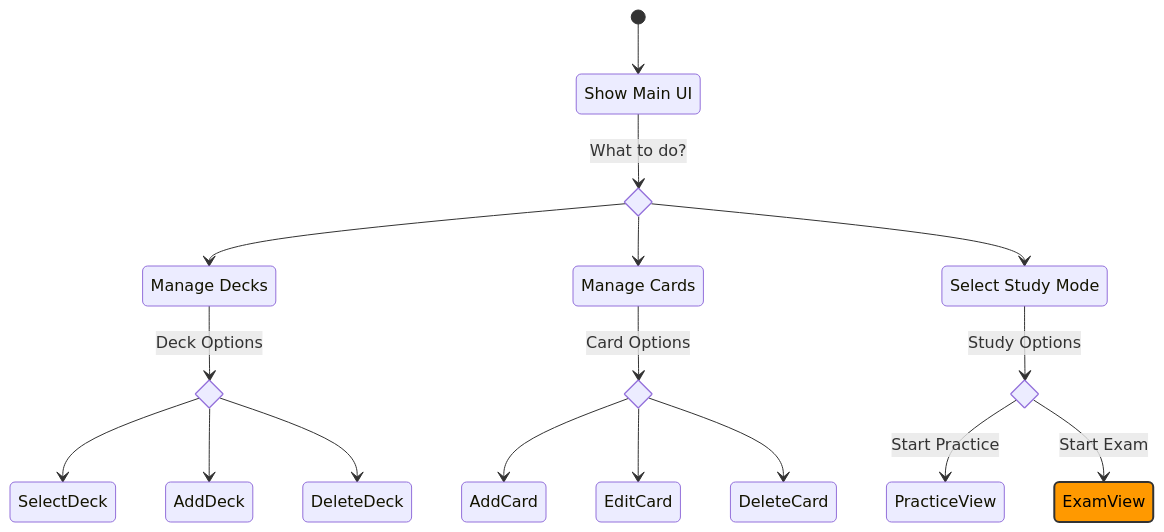
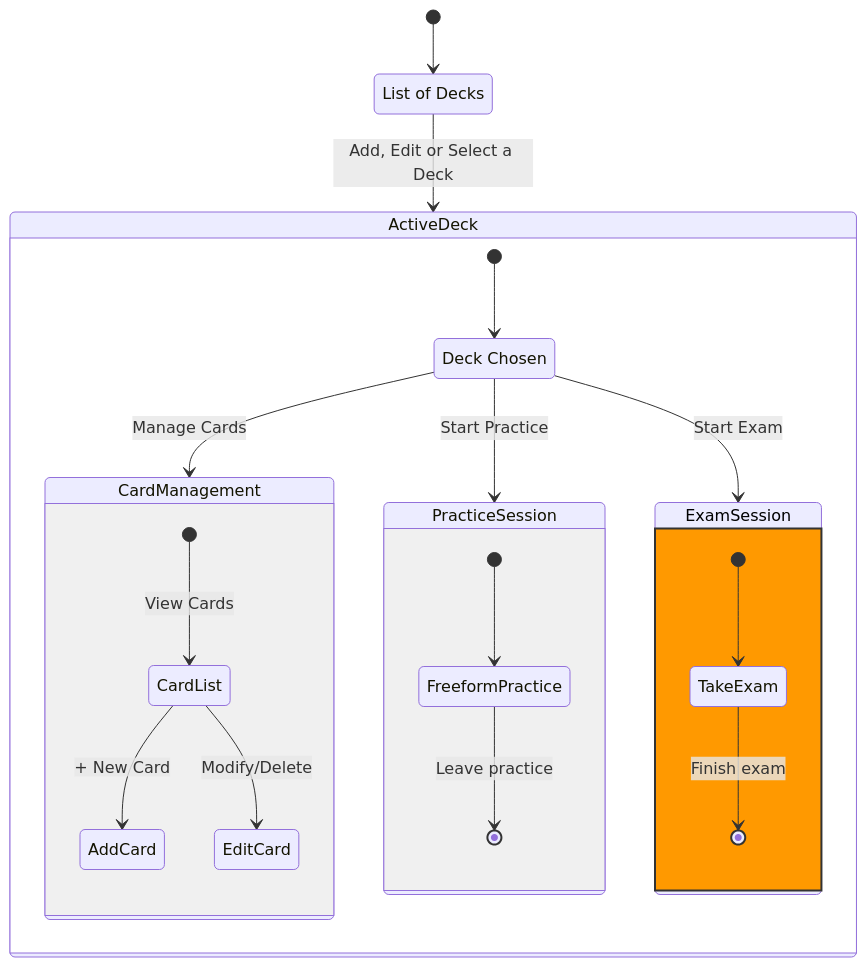
The fourth of 4 diagrams in docs/project_plan.md (sourander/ankea), drawn with Mermaid before and after one commit. The commit also changed other lines of this file, not shown here.

Commit message:
Rethink what belongs into what diagrams. Remove redundant and overengineered data model.

````diff
--- a/docs/project_plan.md
+++ b/docs/project_plan.md
@@ -154,41 +116,38 @@
 ```mermaid
 stateDiagram-v2
     classDef extension fill:#ff9900,stroke:#333,stroke-width:2px,color:black;
 
-    state what_to_do <<choice>>
-    state deck_actions <<choice>>
-    state card_actions <<choice>>
-    state study_actions <<choice>>
-
     [*] --> Dashboard
     
-    Dashboard: Show Main UI
-    Dashboard --> what_to_do: What to do?
+    Dashboard: List of Decks
+    Dashboard --> ActiveDeck: Add, Edit or Select a Deck
 
-    %% The Three Main Categories
-    what_to_do --> DecksTab
-    what_to_do --> CardsTab
-    what_to_do --> StudyRoom
-
-    %% Decks Tab Options
-    DecksTab: Manage Decks
-    DecksTab --> deck_actions: Deck Options
-    deck_actions --> SelectDeck
-    deck_actions --> AddDeck
-    deck_actions --> DeleteDeck
-
-    %% Cards Tab Options
-    CardsTab: Manage Cards
-    CardsTab --> card_actions: Card Options
-    card_actions --> AddCard
-    card_actions --> EditCard
-    card_actions --> DeleteCard
-
-    %% Study Room Options
-    StudyRoom: Select Study Mode
-    StudyRoom --> study_actions: Study Options
-    study_actions --> PracticeView: Start Practice
-    study_actions --> ExamView: Start Exam
-
-    class ExamView extension
+    state ActiveDeck {
+        DeckMenu: Deck Chosen
+        [*] --> DeckMenu
+        
+        %% Management Flow
+        DeckMenu --> CardManagement: Manage Cards
+        state CardManagement {
+            [*] --> CardList: View Cards
+            CardList --> AddCard: + New Card
+            CardList --> EditCard: Modify/Delete
+        }
+        
+        %% Practice Flow
+        DeckMenu --> PracticeSession: Start Practice
+        state PracticeSession {
+            [*] --> FreeformPractice
+            FreeformPractice --> [*]: Leave practice
+        }
+        
+        %% Exam Flow (Extension)
+        DeckMenu --> ExamSession: Start Exam
+        state ExamSession {
+            [*] --> TakeExam
+            TakeExam --> [*]: Finish exam
+        }
+    }
+    
+    class ExamSession extension
 ```
````
